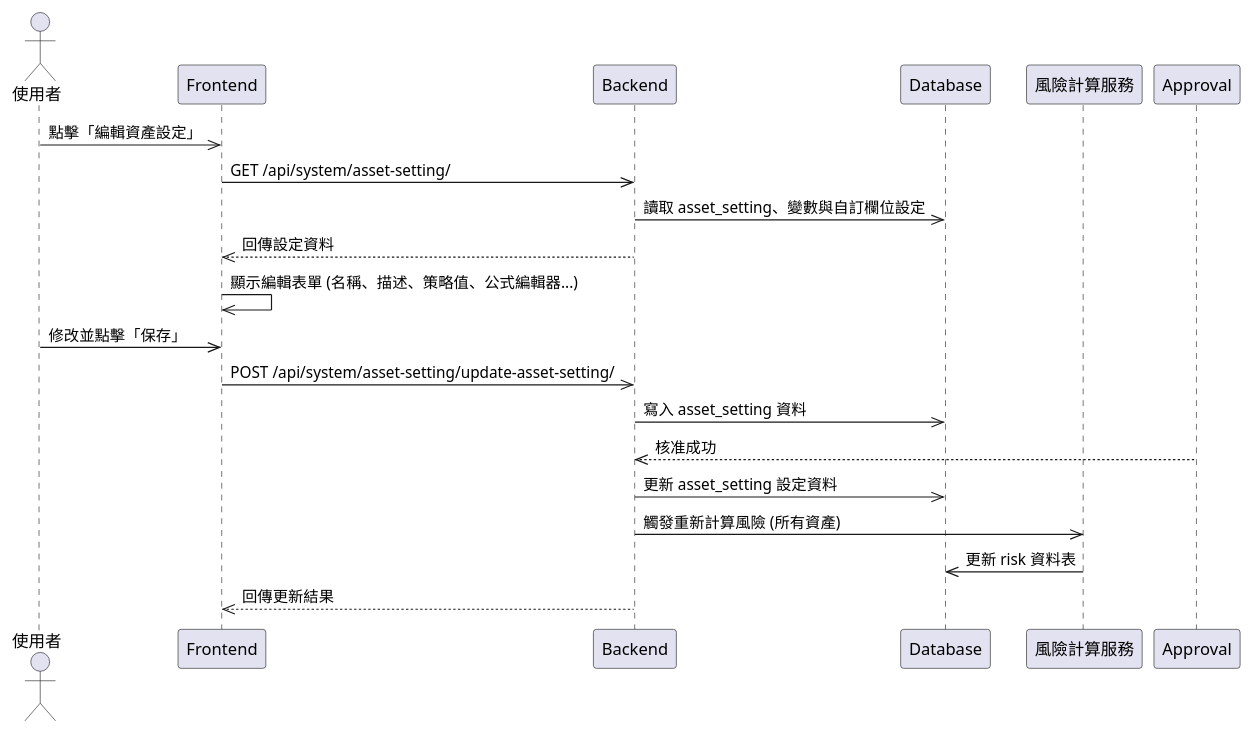
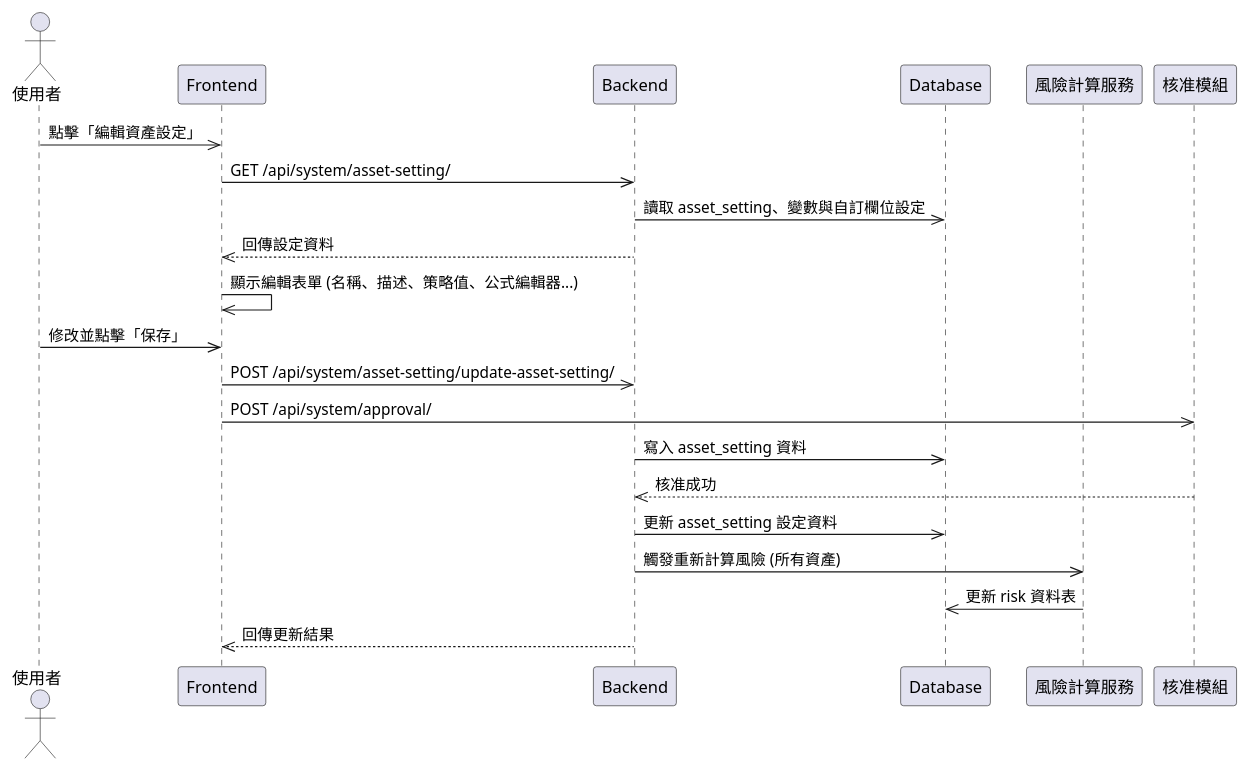
Before and after one commit to walle45611/NTUB_SecuManag_Diagram: the diagram in plantUML/sequence/asset_setting_edit.puml, drawn with PlantUML. The commit also changed 13 other files, not shown here.

Commit message:
(modify): 調整各個圖格式，調整路徑，新增一些圖 (#21)

```diff
--- a/plantUML/sequence/asset_setting_edit.puml
+++ b/plantUML/sequence/asset_setting_edit.puml
@@ -1,25 +1,24 @@
 @startuml
 
 actor User as "使用者"
 participant Frontend
 participant Backend
 participant Database
 participant Service as "風險計算服務"
+participant Approval as "核准模組"
 
 User ->> Frontend: 點擊「編輯資產設定」
 Frontend ->> Backend: GET /api/system/asset-setting/
 Backend ->> Database: 讀取 asset_setting、變數與自訂欄位設定
 Backend -->> Frontend: 回傳設定資料
 Frontend ->> Frontend: 顯示編輯表單 (名稱、描述、策略值、公式編輯器...)
 User ->> Frontend: 修改並點擊「保存」
 Frontend ->> Backend: POST /api/system/asset-setting/update-asset-setting/
+Frontend ->> Approval: POST /api/system/approval/
 Backend ->> Database: 寫入 asset_setting 資料
 Approval-->>Backend: 核准成功
-
-
 Backend ->> Database: 更新 asset_setting 設定資料
-
 Backend ->> Service: 觸發重新計算風險 (所有資產)
 Service ->> Database: 更新 risk 資料表
 Backend -->> Frontend: 回傳更新結果
 @enduml
```
